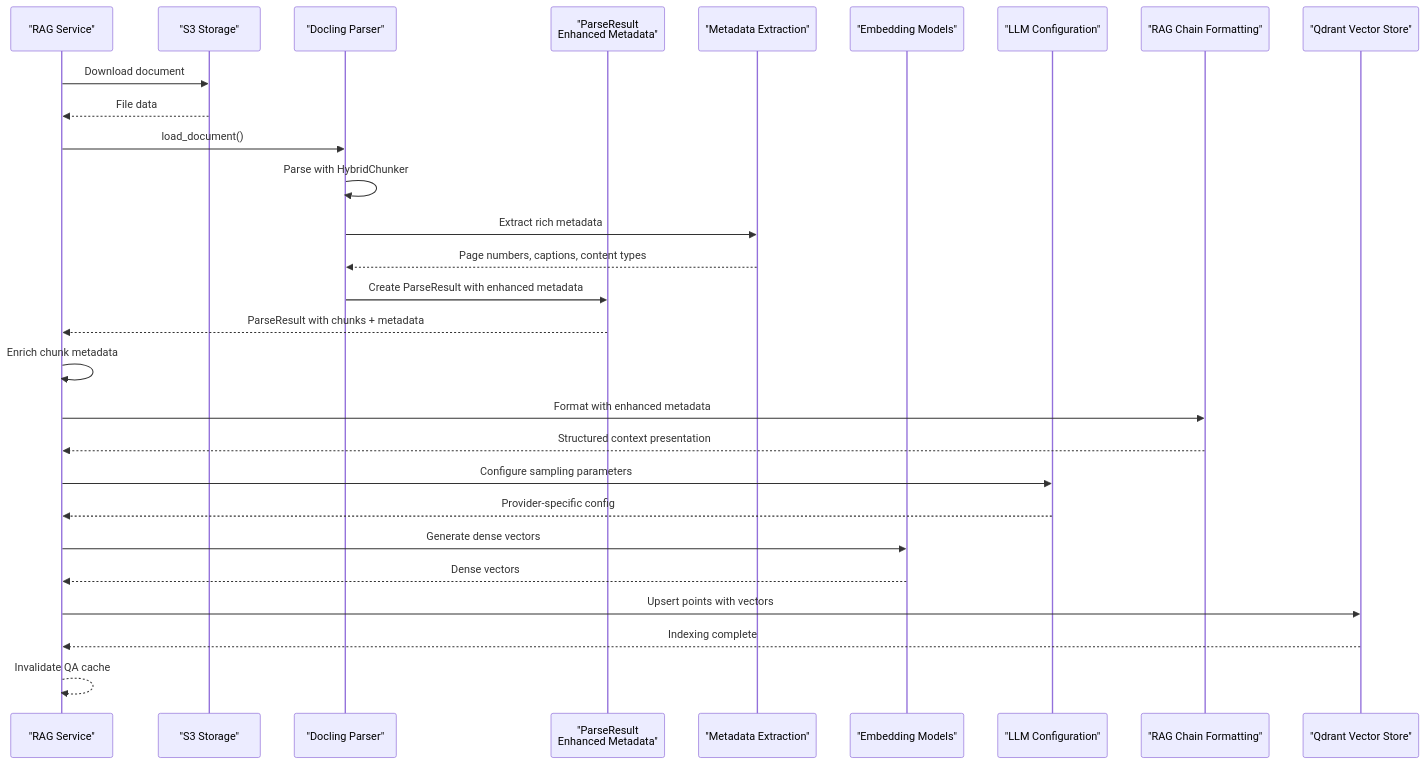
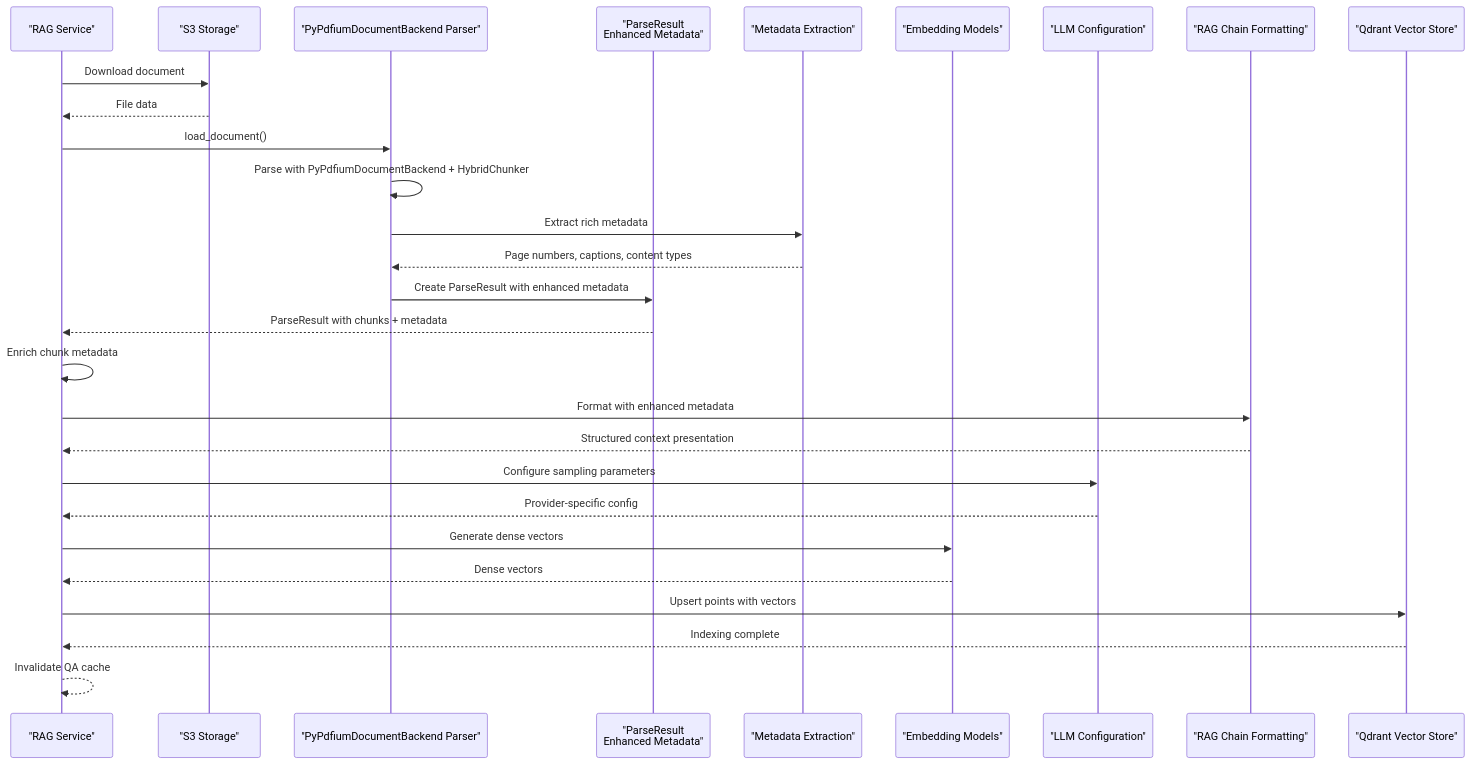
The tenth of 14 diagrams in .qoder/repowiki/en/content/RAG Integration/RAG Parser Enhancement.md (ognelis/cafetera_hr_bot), drawn with Mermaid before and after one commit. The commit also changed other lines of this file and 12 other files, not shown here.

````diff
--- a/.qoder/repowiki/en/content/RAG Integration/RAG Parser Enhancement.md
+++ b/.qoder/repowiki/en/content/RAG Integration/RAG Parser Enhancement.md
@@ -517,30 +520,30 @@
 ```mermaid
 sequenceDiagram
 participant Service as "RAG Service"
 participant S3 as "S3 Storage"
-participant Parser as "Docling Parser"
+participant Parser as "PyPdfiumDocumentBackend Parser"
 participant ParseResult as "ParseResult<br/>Enhanced Metadata"
 participant Metadata as "Metadata Extraction"
 participant Embeddings as "Embedding Models"
 participant LLMConfig as "LLM Configuration"
 participant RAGChain as "RAG Chain Formatting"
 participant Qdrant as "Qdrant Vector Store"
 Service->>S3 : Download document
 S3-->>Service : File data
 Service->>Parser : load_document()
-Parser->>Parser : Parse with HybridChunker
+Parser->>Parser : Parse with PyPdfiumDocumentBackend + HybridChunker
 Parser->>Metadata : Extract rich metadata
 Metadata-->>Parser : Page numbers, captions, content types
 Parser->>ParseResult : Create ParseResult with enhanced metadata
 ParseResult-->>Service : ParseResult with chunks + metadata
 Service->>Service : Enrich chunk metadata
 Service->>RAGChain : Format with enhanced metadata
 RAGChain-->>Service : Structured context presentation
 Service->>LLMConfig : Configure sampling parameters
 LLMConfig-->>Service : Provider-specific config
 Service->>Embeddings : Generate dense vectors
 Embeddings-->>Service : Dense vectors
 Service->>Qdrant : Upsert points with vectors
 Qdrant-->>Service : Indexing complete
 Service-->>Service : Invalidate QA cache
 ```
````
